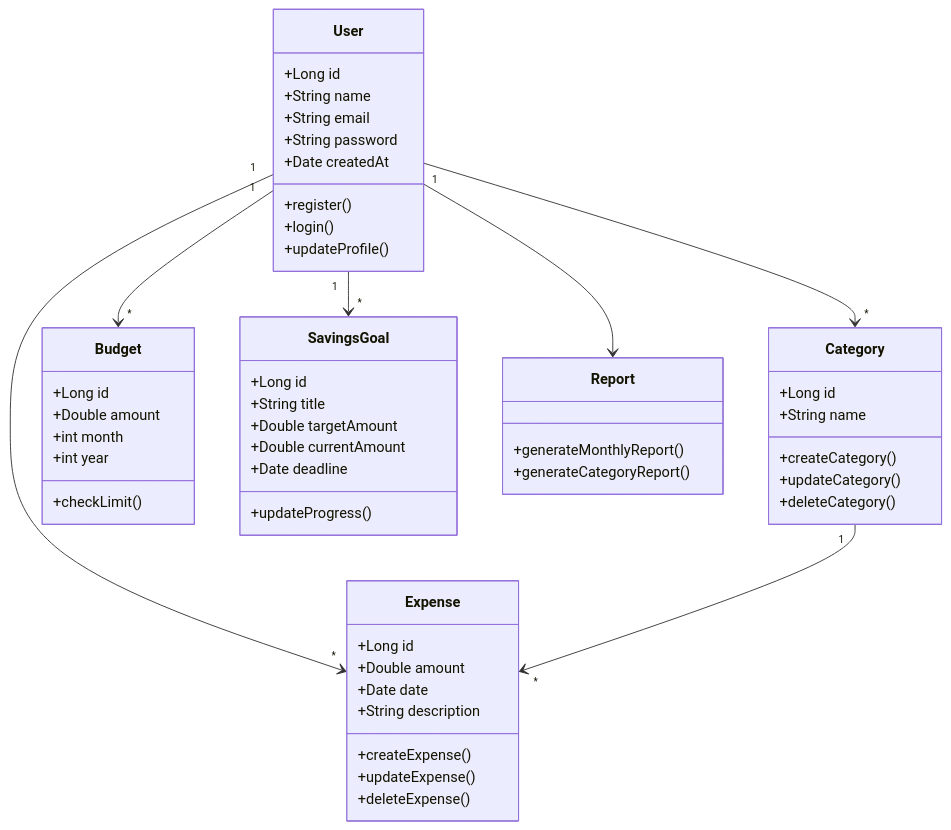
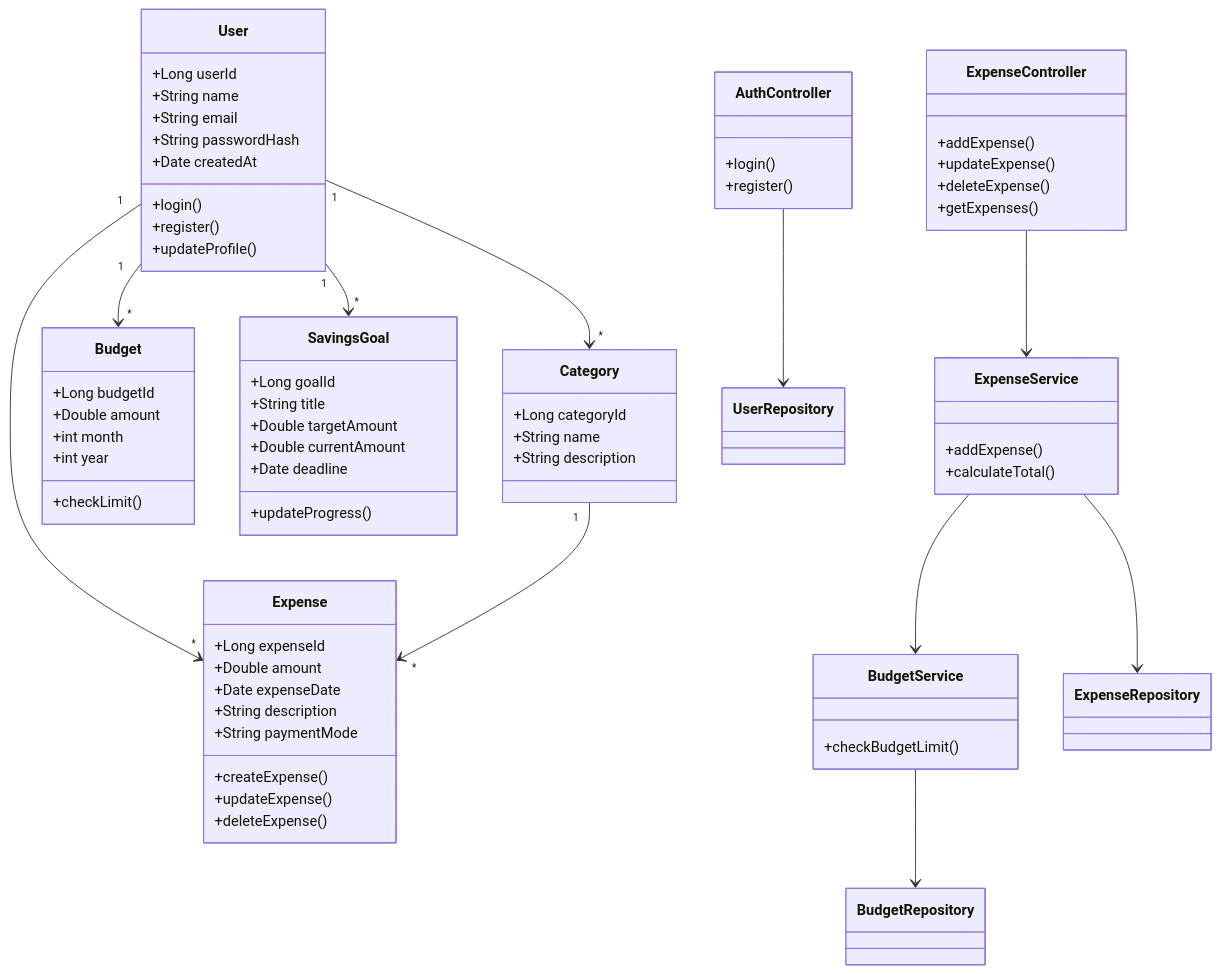
The diagram in classDiagram.md (BOXER78/BudgetWise), drawn with Mermaid before and after one commit. The commit also changed 2 other files, not shown here.

Commit message:
updated classDiagram, sequenceDiagram and usecaseDiagram

````diff
--- a/classDiagram.md
+++ b/classDiagram.md
@@ -3,37 +3,38 @@
 ```mermaid
 classDiagram
 
+    %% ================= ENTITIES =================
+
     class User {
-        +Long id
+        +Long userId
         +String name
         +String email
-        +String password
+        +String passwordHash
         +Date createdAt
+        +login()
         +register()
-        +login()
         +updateProfile()
     }
 
     class Expense {
-        +Long id
+        +Long expenseId
         +Double amount
-        +Date date
+        +Date expenseDate
         +String description
+        +String paymentMode
         +createExpense()
         +updateExpense()
         +deleteExpense()
     }
 
     class Category {
-        +Long id
+        +Long categoryId
         +String name
-        +createCategory()
-        +updateCategory()
-        +deleteCategory()
+        +String description
     }
 
     class Budget {
-        +Long id
+        +Long budgetId
         +Double amount
         +int month
         +int year
@@ -41,7 +42,7 @@
     }
 
     class SavingsGoal {
-        +Long id
+        +Long goalId
         +String title
         +Double targetAmount
         +Double currentAmount
@@ -49,17 +50,48 @@
         +updateProgress()
     }
 
-    class Report {
-        +generateMonthlyReport()
-        +generateCategoryReport()
+    %% ================= CONTROLLERS =================
+
+    class AuthController {
+        +login()
+        +register()
     }
+
+    class ExpenseController {
+        +addExpense()
+        +updateExpense()
+        +deleteExpense()
+        +getExpenses()
+    }
+
+    %% ================= SERVICES =================
+
+    class ExpenseService {
+        +addExpense()
+        +calculateTotal()
+    }
+
+    class BudgetService {
+        +checkBudgetLimit()
+    }
+
+    %% ================= REPOSITORIES =================
+
+    class UserRepository
+    class ExpenseRepository
+    class BudgetRepository
+
+    %% ================= RELATIONSHIPS =================
 
     User "1" --> "*" Expense
     User "1" --> "*" Category
     User "1" --> "*" Budget
     User "1" --> "*" SavingsGoal
-
     Category "1" --> "*" Expense
 
-    User --> Report
+    AuthController --> UserRepository
+    ExpenseController --> ExpenseService
+    ExpenseService --> ExpenseRepository
+    ExpenseService --> BudgetService
+    BudgetService --> BudgetRepository
 ```
````
